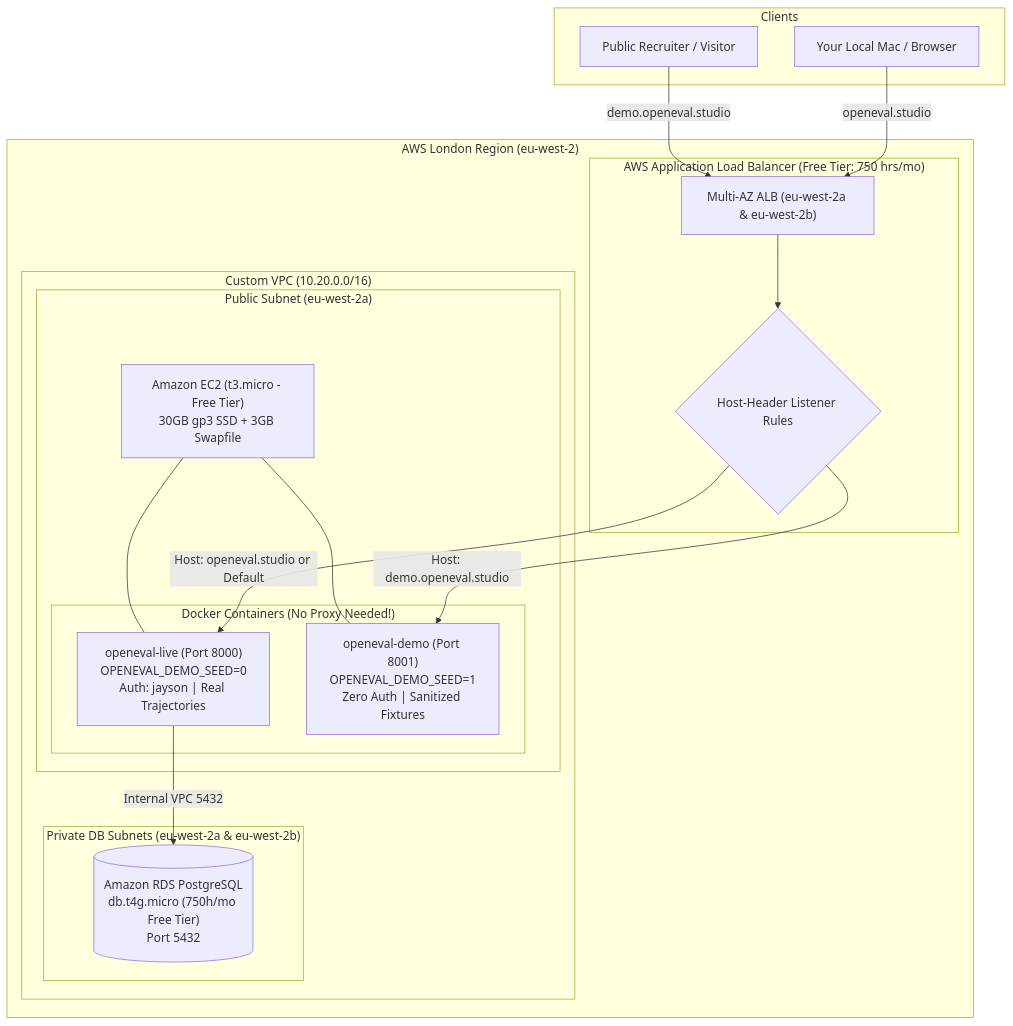
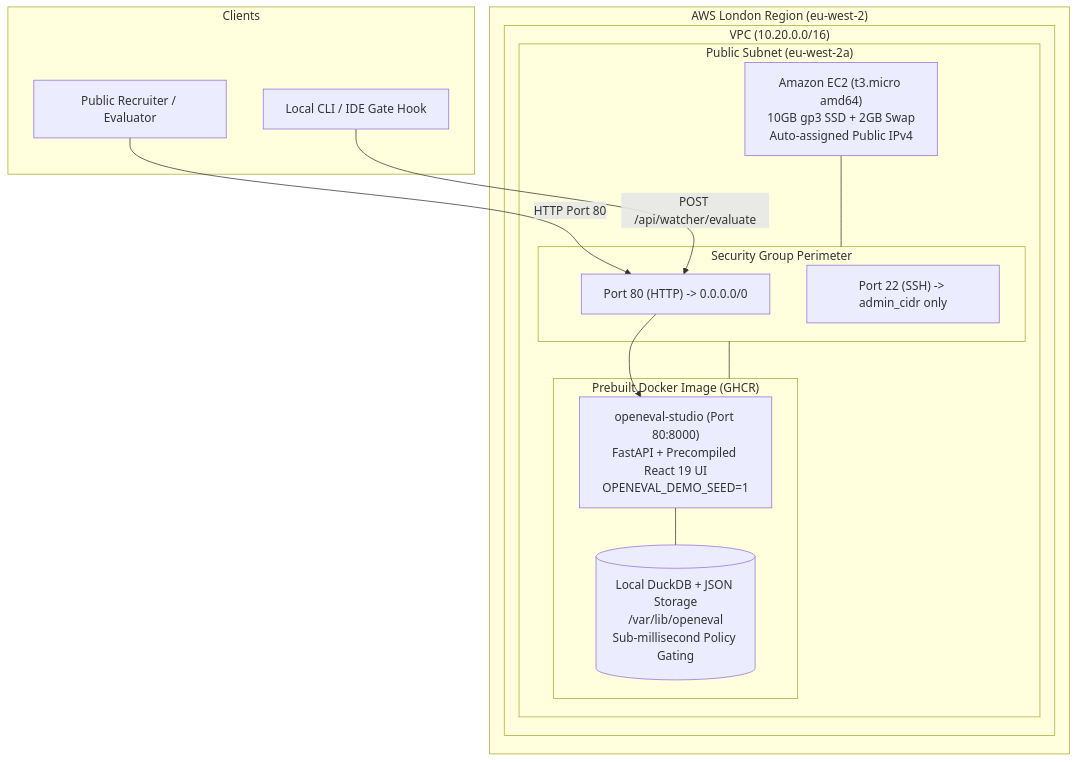
The diagram in docs/AWS_DEPLOYMENT.md (UnAnPH/openeval-studio), drawn with Mermaid before and after one commit. The commit also changed other lines of this file and 17 other files, not shown here.

Commit message:
feat(aws): downscale to single London EC2 t3.micro with GHCR image and local DuckDB

````diff
--- a/docs/AWS_DEPLOYMENT.md
+++ b/docs/AWS_DEPLOYMENT.md
@@ -9,40 +11,33 @@
 ```mermaid
 flowchart TD
     subgraph Clients["Clients"]
-        Visitor["Public Recruiter / Visitor"]
-        Jayson["Your Local Mac / Browser"]
+        Visitor["Public Recruiter / Evaluator"]
+        Terminal["Local CLI / IDE Gate Hook"]
     end
 
     subgraph AWSCloud["AWS London Region (eu-west-2)"]
-        subgraph Ingress["AWS Application Load Balancer (Free Tier: 750 hrs/mo)"]
-            ALB["Multi-AZ ALB (eu-west-2a & eu-west-2b)"]
-            Rules{"Host-Header Listener Rules"}
-            ALB --> Rules
-        end
+        subgraph VPC["VPC (10.20.0.0/16)"]
+            subgraph PublicSubnet["Public Subnet (eu-west-2a)"]
+                EC2["Amazon EC2 (t3.micro amd64)<br/>10GB gp3 SSD + 2GB Swap<br/>Auto-assigned Public IPv4"]
 
-        subgraph VPC["Custom VPC (10.20.0.0/16)"]
-            subgraph PublicSubnet["Public Subnet (eu-west-2a)"]
-                EC2["Amazon EC2 (t3.micro - Free Tier)<br/>30GB gp3 SSD + 3GB Swapfile"]
-                
-                subgraph DockerStack["Docker Containers (No Proxy Needed!)"]
-                    LiveApp["openeval-live (Port 8000)<br/>OPENEVAL_DEMO_SEED=0<br/>Auth: jayson | Real Trajectories"]
-                    DemoApp["openeval-demo (Port 8001)<br/>OPENEVAL_DEMO_SEED=1<br/>Zero Auth | Sanitized Fixtures"]
+                subgraph SecurityGroup["Security Group Perimeter"]
+                    Port80["Port 80 (HTTP) -> 0.0.0.0/0"]
+                    Port22["Port 22 (SSH) -> admin_cidr only"]
                 end
-                EC2 --- LiveApp
-                EC2 --- DemoApp
-            end
 
-            subgraph PrivateSubnets["Private DB Subnets (eu-west-2a & eu-west-2b)"]
-                RDS[("Amazon RDS PostgreSQL<br/>db.t4g.micro (750h/mo Free Tier)<br/>Port 5432")]
+                subgraph Container["Prebuilt Docker Image (GHCR)"]
+                    StudioApp["openeval-studio (Port 80:8000)<br/>FastAPI + Precompiled React 19 UI<br/>OPENEVAL_DEMO_SEED=1"]
+                    DuckDBStorage[("Local DuckDB + JSON Storage<br/>/var/lib/openeval<br/>Sub-millisecond Policy Gating")]
+                end
+
+                EC2 --- SecurityGroup
+                SecurityGroup --- Container
+                StudioApp --- DuckDBStorage
             end
         end
     end
 
-    Visitor -->|demo.openeval.studio| ALB
-    Jayson -->|openeval.studio| ALB
-
-    Rules -->|Host: demo.openeval.studio| DemoApp
-    Rules -->|Host: openeval.studio or Default| LiveApp
-
-    LiveApp -->|Internal VPC 5432| RDS
+    Visitor -->|HTTP Port 80| Port80
+    Terminal -->|POST /api/watcher/evaluate| Port80
+    Port80 --> StudioApp
 ```
````
